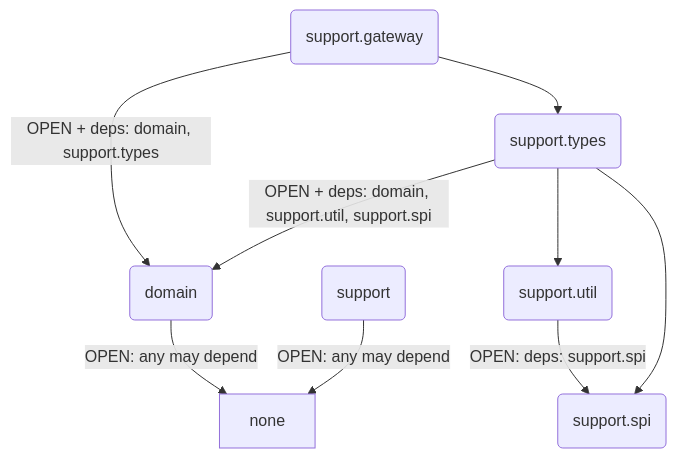
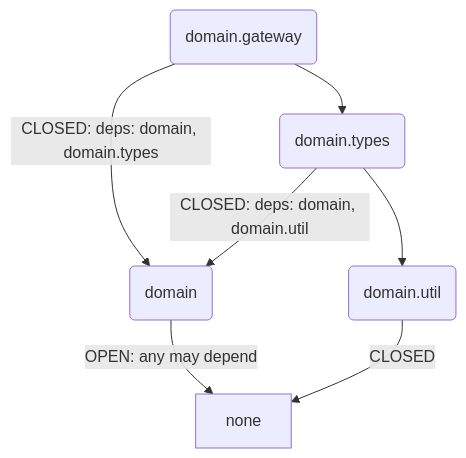
Before and after one commit to kingkh1995/SODA: the first of 2 diagrams in CONTEXT.md, drawn with Mermaid. The commit also changed other lines of this file and 246 other files, not shown here.

First line of the commit message:
feat: extract domain-types submodule, add adapter/start starters, update docs

````diff
--- a/CONTEXT.md
+++ b/CONTEXT.md
@@ -12,11 +12,9 @@
 ```mermaid
 graph TD
     domain(domain) -->|OPEN: any may depend| none
-    support(support) -->|OPEN: any may depend| none
-    util(support.util) -->|OPEN: deps: support.spi| spi(support.spi)
-    types(support.types) -->|OPEN + deps: domain, support.util, support.spi| domain
+    util(domain.util) -->|CLOSED| none
+    types(domain.types) -->|CLOSED: deps: domain, domain.util| domain
     types --> util
-    types --> spi
-    gateway(support.gateway) -->|OPEN + deps: domain, support.types| domain
+    gateway(domain.gateway) -->|CLOSED: deps: domain, domain.types| domain
     gateway --> types
 ```
````
